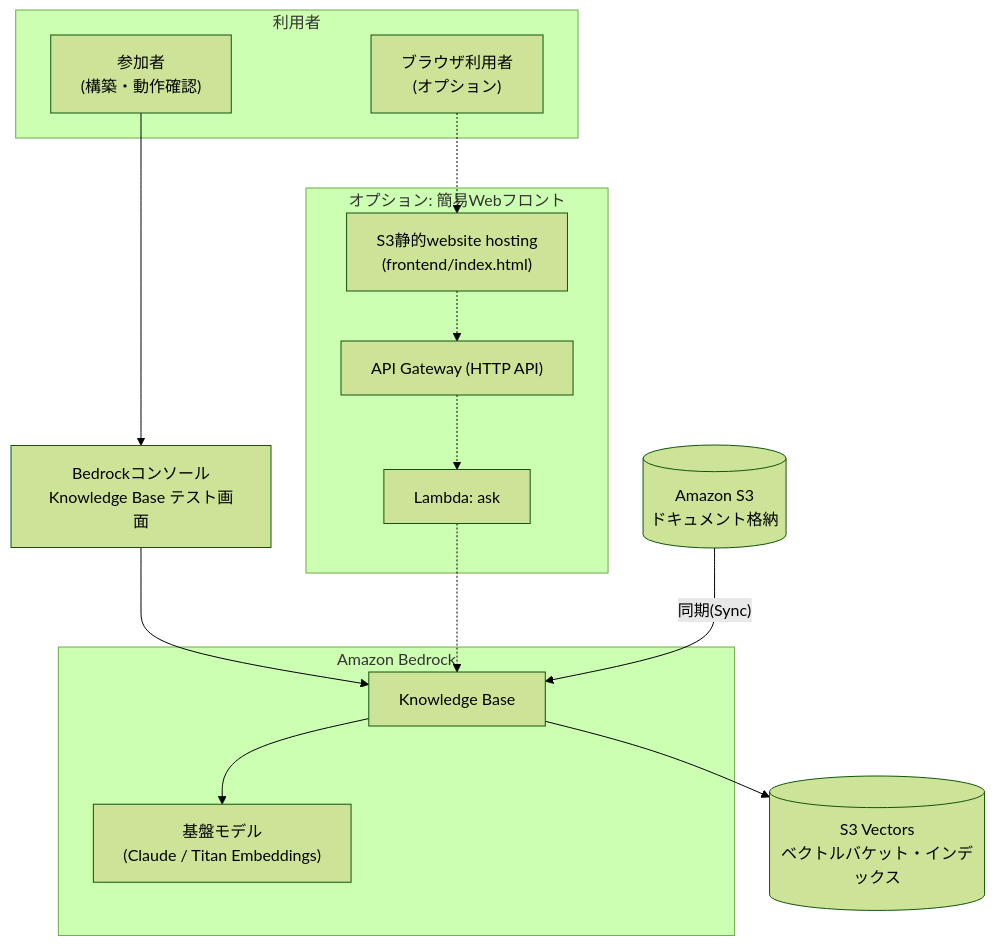
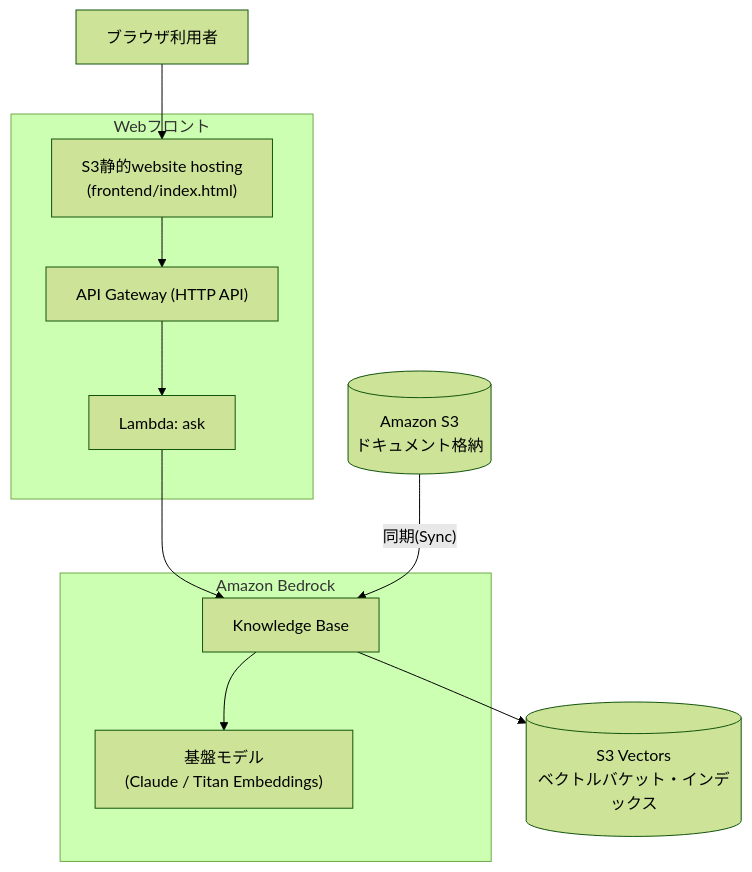
One commit to TetsuSuzu/quest-aws-chatbot-basic changed the diagram in README.md. Above: the diagram before and after it, drawn with Mermaid (forest theme). The commit also changed other lines of this file, not shown here.

First line of the commit message:
Remove Bedrock console test-screen references throughout the README

````diff
--- a/README.md
+++ b/README.md
@@ -21,29 +21,23 @@
 ```mermaid
 flowchart TB
-    subgraph Client["利用者"]
-        Participant["参加者\n(構築・動作確認)"]
-        WebUser["ブラウザ利用者\n(オプション)"]
-    end
+    WebUser["ブラウザ利用者"]
 
-    Console["Bedrockコンソール\nKnowledge Base テスト画面"]
-
-    subgraph OptionalWeb["オプション: 簡易Webフロント"]
+    subgraph WebFront["Webフロント"]
         S3Front["S3静的website hosting\n(frontend/index.html)"]
         APIGW["API Gateway (HTTP API)"]
         Lambda["Lambda: ask"]
     end
 
     subgraph BedrockBox["Amazon Bedrock"]
         KB["Knowledge Base"]
         Model["基盤モデル\n(Claude / Titan Embeddings)"]
     end
 
     S3Docs[("Amazon S3\nドキュメント格納")]
     S3V[("S3 Vectors\nベクトルバケット・インデックス")]
 
-    Participant --> Console --> KB
-    WebUser -.-> S3Front -.-> APIGW -.-> Lambda -.-> KB
+    WebUser --> S3Front --> APIGW --> Lambda --> KB
     S3Docs -- "同期(Sync)" --> KB
     KB --> S3V
     KB --> Model
 ```
````
